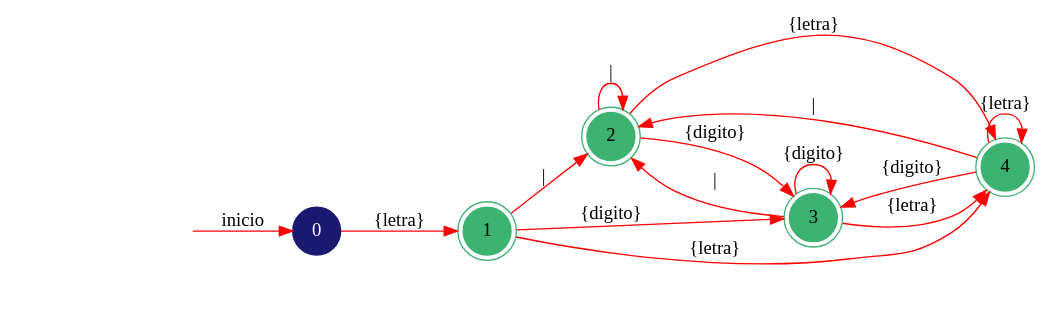
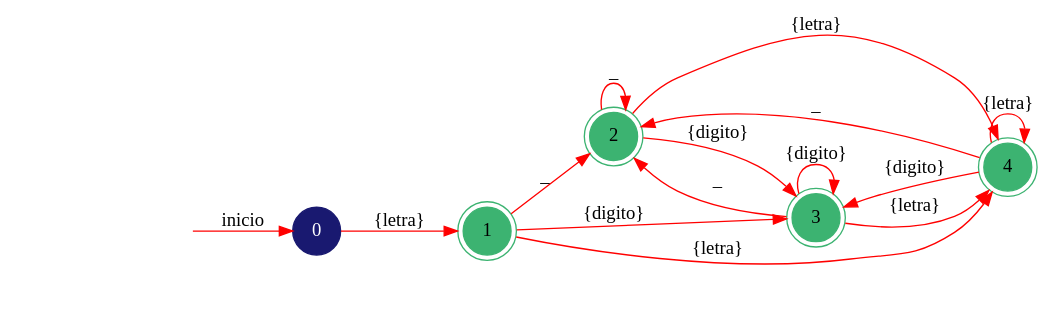
Before and after one commit to AhiezerRamirez/Compi1Proyecto1: the diagram in Compi1Proyecto1/er1_AFD.dot, drawn with Graphviz. The commit also changed 44 other files, not shown here.

```diff
--- a/Compi1Proyecto1/er1_AFD.dot
+++ b/Compi1Proyecto1/er1_AFD.dot
@@ -1,22 +1,22 @@
 digraph AFD {
 	rankdir=LR;
 	node [shape=doublecircle, style = filled,color = mediumseagreen]; "1" "2" "3" "4";
 	node [shape=circle];
 	node [color=midnightblue,fontcolor=white];
 	edge [color=red];
 	secret_node [style=invis];
 	secret_node -> "0" [label="inicio"];
 	"0" -> "1" [label="{letra}"];
-	"1" -> "2" [label="|"];
+	"1" -> "2" [label="_"];
 	"1" -> "3" [label="{digito}"];
 	"1" -> "4" [label="{letra}"];
-	"2" -> "2" [label="|"];
+	"2" -> "2" [label="_"];
 	"2" -> "3" [label="{digito}"];
 	"2" -> "4" [label="{letra}"];
-	"3" -> "2" [label="|"];
+	"3" -> "2" [label="_"];
 	"3" -> "3" [label="{digito}"];
 	"3" -> "4" [label="{letra}"];
-	"4" -> "2" [label="|"];
+	"4" -> "2" [label="_"];
 	"4" -> "3" [label="{digito}"];
 	"4" -> "4" [label="{letra}"];
 }
```
